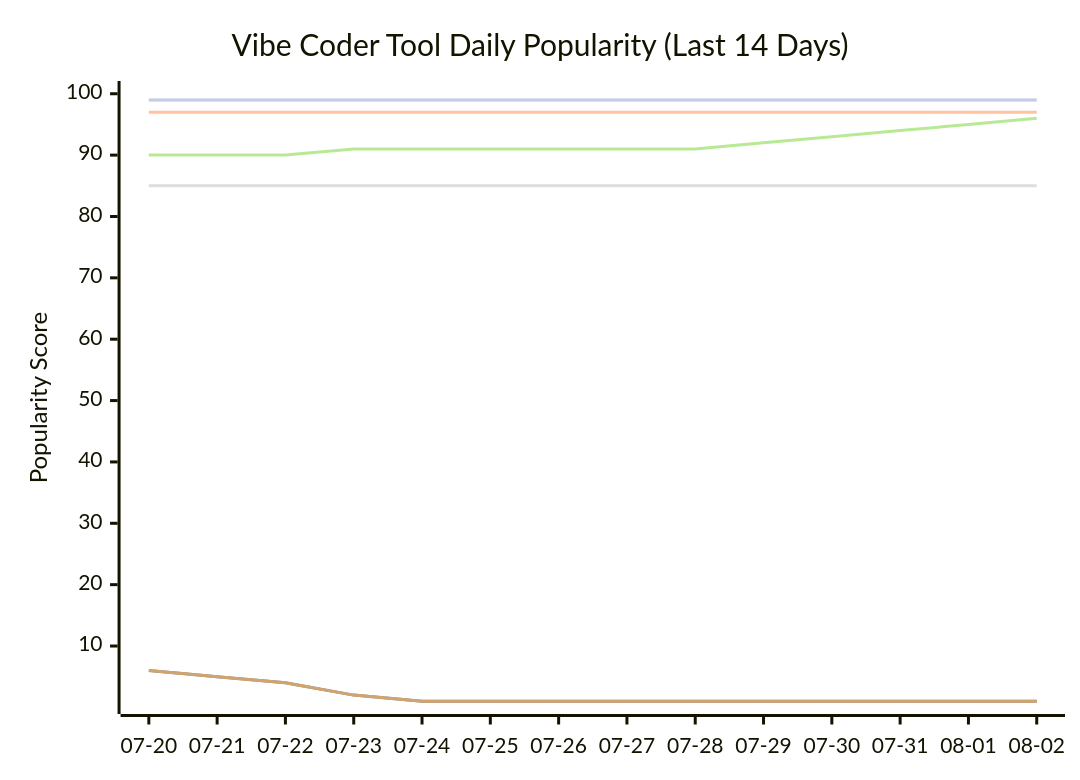
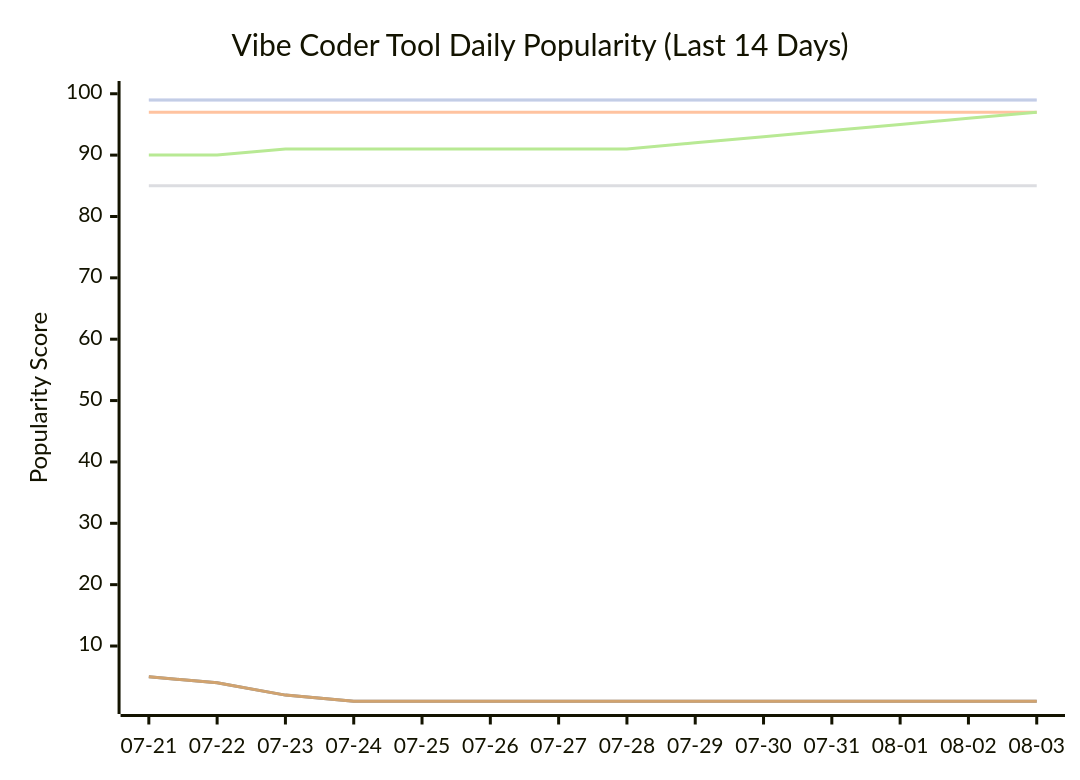
Before and after one commit to tykimos/ai-whatchelin: the seventh of 11 diagrams in README.md, drawn with Mermaid. The commit also changed other lines of this file and 4 other files, not shown here.

````diff
--- a/README.md
+++ b/README.md
@@ -2130,13 +2130,13 @@
 ```mermaid
 xychart-beta
     title "Vibe Coder Tool Daily Popularity (Last 14 Days)"
-    x-axis ["07-20", "07-21", "07-22", "07-23", "07-24", "07-25", "07-26", "07-27", "07-28", "07-29", "07-30", "07-31", "08-01", "08-02"]
+    x-axis ["07-21", "07-22", "07-23", "07-24", "07-25", "07-26", "07-27", "07-28", "07-29", "07-30", "07-31", "08-01", "08-02", "08-03"]
     y-axis "Popularity Score" 1 --> 100
     line "Claude Code" [99, 99, 99, 99, 99, 99, 99, 99, 99, 99, 99, 99, 99, 99]
-    line "GH Copilot" [6, 5, 4, 2, 1, 1, 1, 1, 1, 1, 1, 1, 1, 1]
+    line "GH Copilot" [5, 4, 2, 1, 1, 1, 1, 1, 1, 1, 1, 1, 1, 1]
     line "Cursor" [97, 97, 97, 97, 97, 97, 97, 97, 97, 97, 97, 97, 97, 97]
     line "Windsurf" [85, 85, 85, 85, 85, 85, 85, 85, 85, 85, 85, 85, 85, 85]
-    line "Codex CLI" [90, 90, 90, 91, 91, 91, 91, 91, 91, 92, 93, 94, 95, 96]
-    line "Gemini CLI" [6, 5, 4, 2, 1, 1, 1, 1, 1, 1, 1, 1, 1, 1]
+    line "Codex CLI" [90, 90, 91, 91, 91, 91, 91, 91, 92, 93, 94, 95, 96, 97]
+    line "Gemini CLI" [5, 4, 2, 1, 1, 1, 1, 1, 1, 1, 1, 1, 1, 1]
     line "Antigravity" [99, 99, 99, 99, 99, 99, 99, 99, 99, 99, 99, 99, 99, 99]
 ```
````
